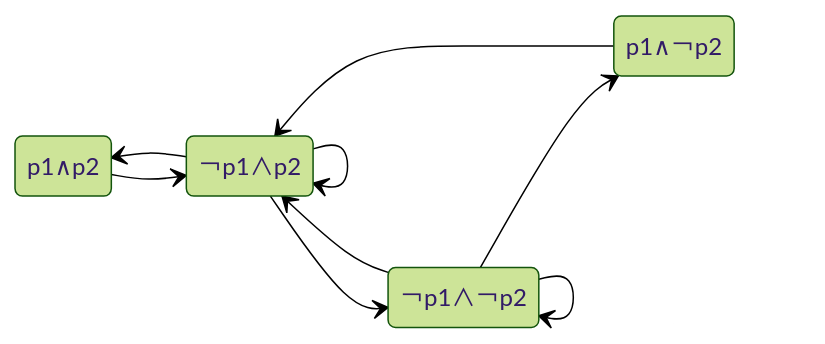
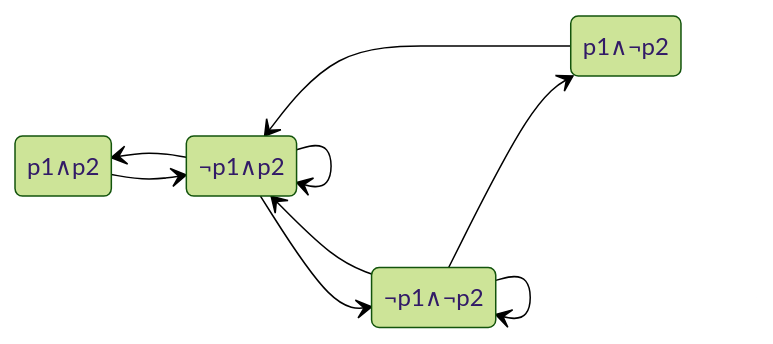
One commit to VinayakFia/Obsidian changed the first of 2 diagrams in COMP3153/Stream b/Stream B - Credit.md. Above: the diagram before and after it, drawn with Mermaid (forest theme). The commit also changed other lines of this file, not shown here.

Commit message:
vault backup: 2024-11-10 16:41:18

````diff
--- a/COMP3153/Stream b/Stream B - Credit.md
+++ b/COMP3153/Stream b/Stream B - Credit.md
@@ -3,18 +3,18 @@
 ```mermaid
 stateDiagram-v2
 	direction LR
 	
 	and : p1∧p2
-	p2 : ￢p1∧p2
-	p1 : p1∧￢p2
-	not : ￢p1∧￢p2
+	p2 : ¬p1∧p2
+	p1 : p1∧¬p2
+	not : ¬p1∧¬p2
 
 	and --> p2
 	p1 --> p2
 	p2 --> not
 	p2 --> p2
 	p2 --> and
 	not --> p1
 	not --> not
 	not --> p2
 ```
````
